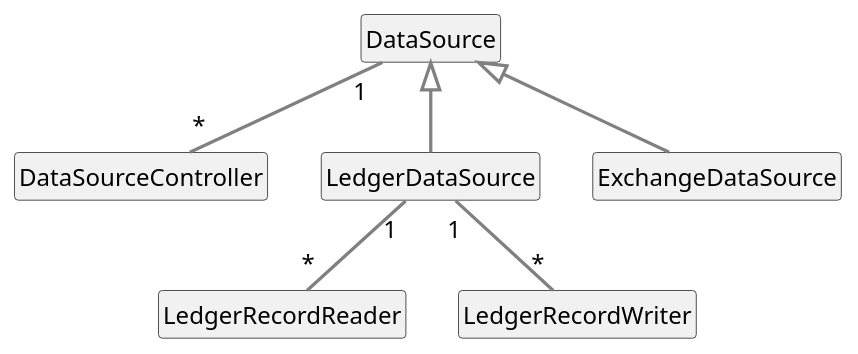
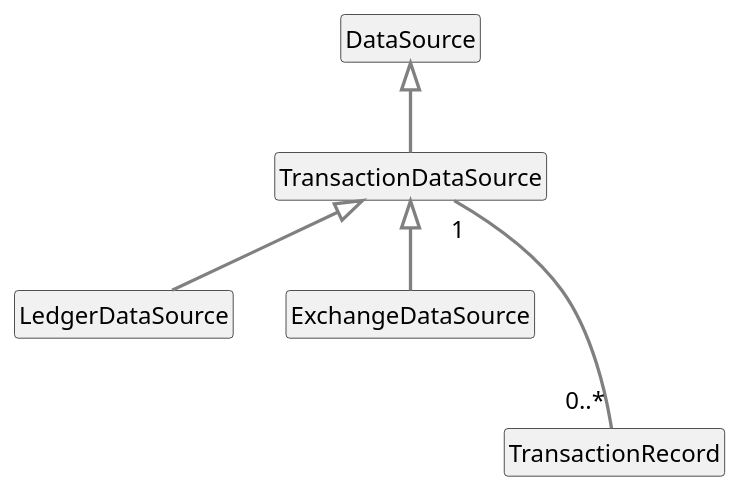
One commit to enricohomann/blockbuilder changed the diagram in docs/draft/03 - Design/domain-model/domain-model.puml. Above: the diagram before and after it, drawn with PlantUML. The commit also changed 1 other file, not shown here.

```diff
--- a/docs/draft/03 - Design/domain-model/domain-model.puml
+++ b/docs/draft/03 - Design/domain-model/domain-model.puml
@@ -1,43 +1,58 @@
 @startuml Domain Model
 
 skinparam style strictuml
 skinparam DefaultFontName Arial
 skinparam DefaultFontSize 16
 skinparam DefaultFontStyle bold
 skinparam ArrowThickness 2.2
 skinparam ArrowColor #gray
 hide empty members
 
 ' Domain Objects
 
 class "DataSource" as DataSource {
 }
 
-class "DataSourceController" as DataSourceController {
+class "TransactionDataSource" as TransactionDataSource {
 }
+
+'class "DataSourceController" as DataSourceController {
+'}
 
 class "LedgerDataSource" as LedgerDataSource {
 }
 
 class "ExchangeDataSource" as ExchangeDataSource {
 }
 
-class "LedgerRecordReader" as LedgerRecordReader {
+'class "LedgerRecordReader" as LedgerRecordReader {
+'}
+
+'class "LedgerRecordWriter" as LedgerRecordWriter {
+'}
+
+'class "TransactionManager" as TransactionManager {
+'}
+
+class "TransactionRecord" as TransactionRecord {
 }
 
-class "LedgerRecordWriter" as LedgerRecordWriter {
-}
 
 ' Relationships Inheritance
 
-DataSource <|-- LedgerDataSource
-DataSource <|-- ExchangeDataSource
+DataSource <|-- TransactionDataSource
+
+TransactionDataSource <|-- LedgerDataSource
+TransactionDataSource <|-- ExchangeDataSource
 
 ' Relationships Cardinalities
 
-DataSource "1"--"*" DataSourceController
+TransactionDataSource "1"---"0..*" TransactionRecord
 
-LedgerDataSource "1"--"*" LedgerRecordReader
-LedgerDataSource "1"--"*" LedgerRecordWriter
+'DataSource "1"--"*" DataSourceController
+'DataSource "1"--"1" TransactionManager
+
+'LedgerDataSource "1"--"*" LedgerRecordReader
+'LedgerDataSource "1"--"*" LedgerRecordWriter
 
 @enduml
```
